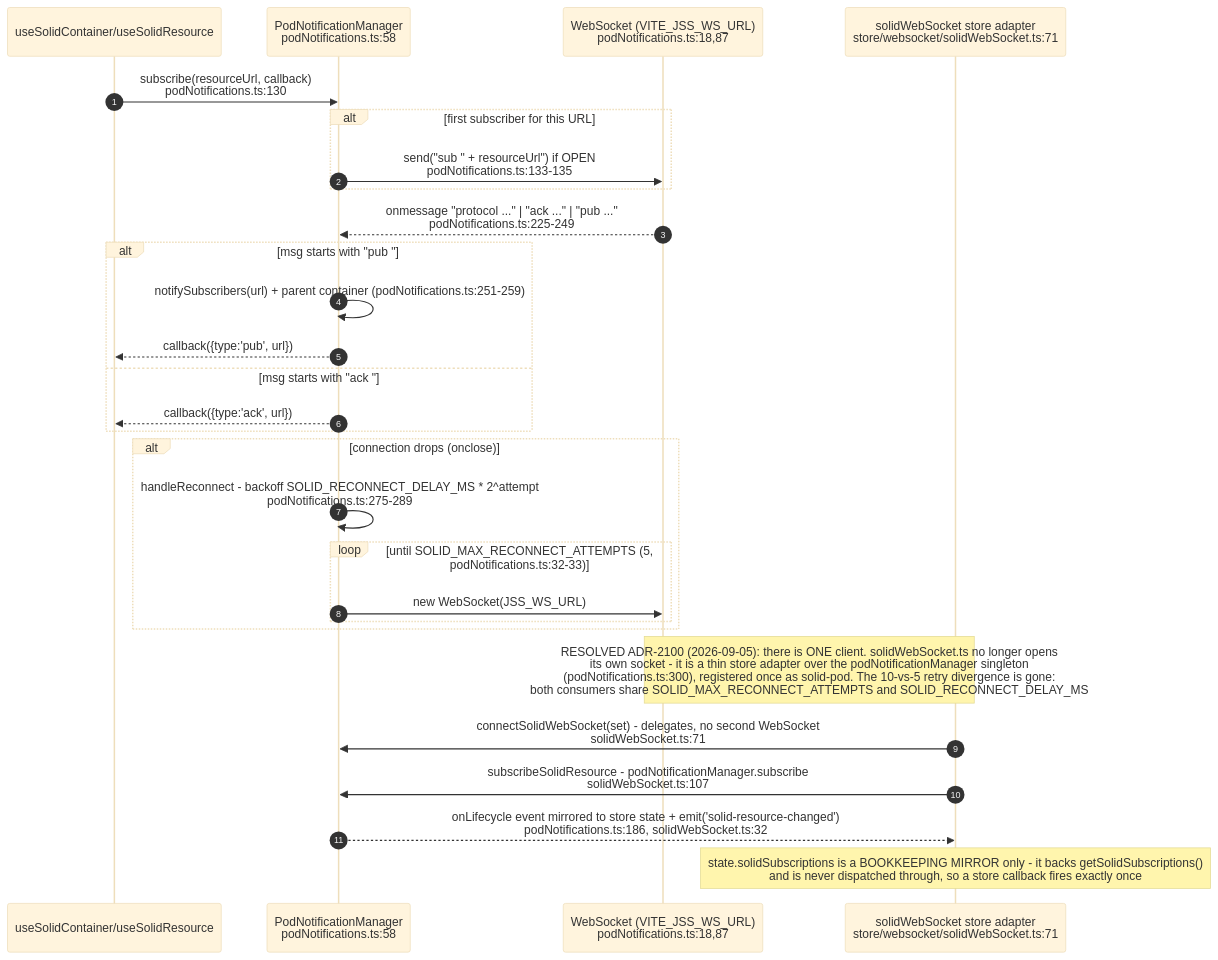
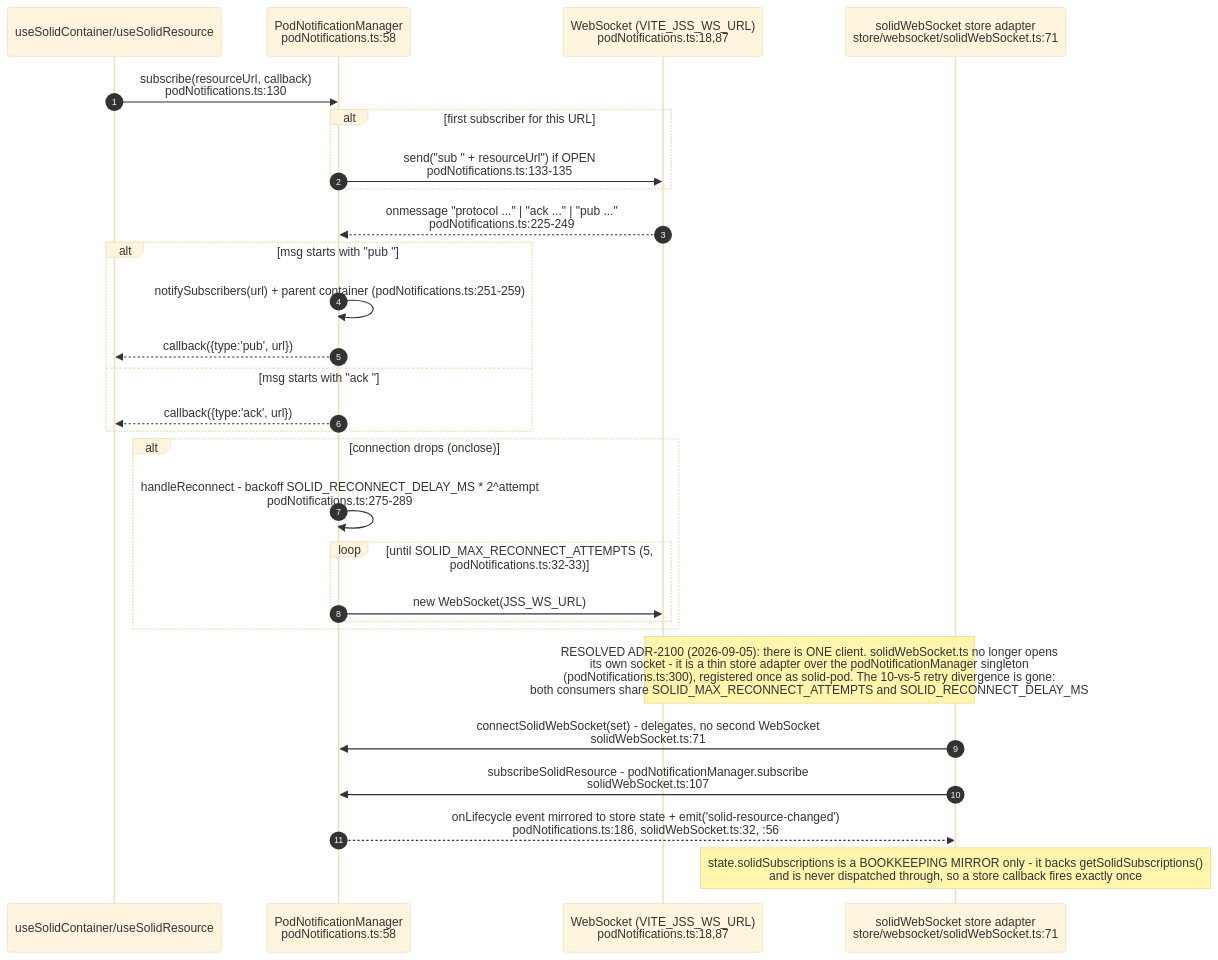
The ninth of 13 diagrams in docs/diagrams/visionclaw/26-solid-pod-and-jss.md (DreamLab-AI/VisionFlow), drawn with Mermaid (base theme) before and after one commit. The commit also changed other lines of this file and 173 other files, not shown here.

````diff
--- a/docs/diagrams/visionclaw/26-solid-pod-and-jss.md
+++ b/docs/diagrams/visionclaw/26-solid-pod-and-jss.md
@@ -389,33 +395,33 @@
 ```mermaid
 sequenceDiagram
     autonumber
     participant Hook as useSolidContainer/useSolidResource
     participant PN as PodNotificationManager<br/>podNotifications.ts:58
     participant WS as WebSocket (VITE_JSS_WS_URL)<br/>podNotifications.ts:18,87
     participant SW as solidWebSocket store adapter<br/>store/websocket/solidWebSocket.ts:71
 
     Hook->>PN: subscribe(resourceUrl, callback)<br/>podNotifications.ts:130
     alt first subscriber for this URL
         PN->>WS: send("sub " + resourceUrl") if OPEN<br/>podNotifications.ts:133-135
     end
     WS-->>PN: onmessage "protocol ..." | "ack ..." | "pub ..."<br/>podNotifications.ts:225-249
     alt msg starts with "pub "
         PN->>PN: notifySubscribers(url) + parent container (podNotifications.ts:251-259)
         PN-->>Hook: callback({type:'pub', url})
     else msg starts with "ack "
         PN-->>Hook: callback({type:'ack', url})
     end
 
     alt connection drops (onclose)
         PN->>PN: handleReconnect - backoff SOLID_RECONNECT_DELAY_MS * 2^attempt<br/>podNotifications.ts:275-289
         loop until SOLID_MAX_RECONNECT_ATTEMPTS (5, podNotifications.ts:32-33)
             PN->>WS: new WebSocket(JSS_WS_URL)
         end
     end
 
     Note over SW,WS: RESOLVED ADR-2100 (2026-09-05): there is ONE client. solidWebSocket.ts no longer opens<br/>its own socket - it is a thin store adapter over the podNotificationManager singleton<br/>(podNotifications.ts:300), registered once as solid-pod. The 10-vs-5 retry divergence is gone:<br/>both consumers share SOLID_MAX_RECONNECT_ATTEMPTS and SOLID_RECONNECT_DELAY_MS
     SW->>PN: connectSolidWebSocket(set) - delegates, no second WebSocket<br/>solidWebSocket.ts:71
     SW->>PN: subscribeSolidResource - podNotificationManager.subscribe<br/>solidWebSocket.ts:107
-    PN-->>SW: onLifecycle event mirrored to store state + emit('solid-resource-changed')<br/>podNotifications.ts:186, solidWebSocket.ts:32
+    PN-->>SW: onLifecycle event mirrored to store state + emit('solid-resource-changed')<br/>podNotifications.ts:186, solidWebSocket.ts:32, :56
     Note over SW: state.solidSubscriptions is a BOOKKEEPING MIRROR only - it backs getSolidSubscriptions()<br/>and is never dispatched through, so a store callback fires exactly once
 ```
````
